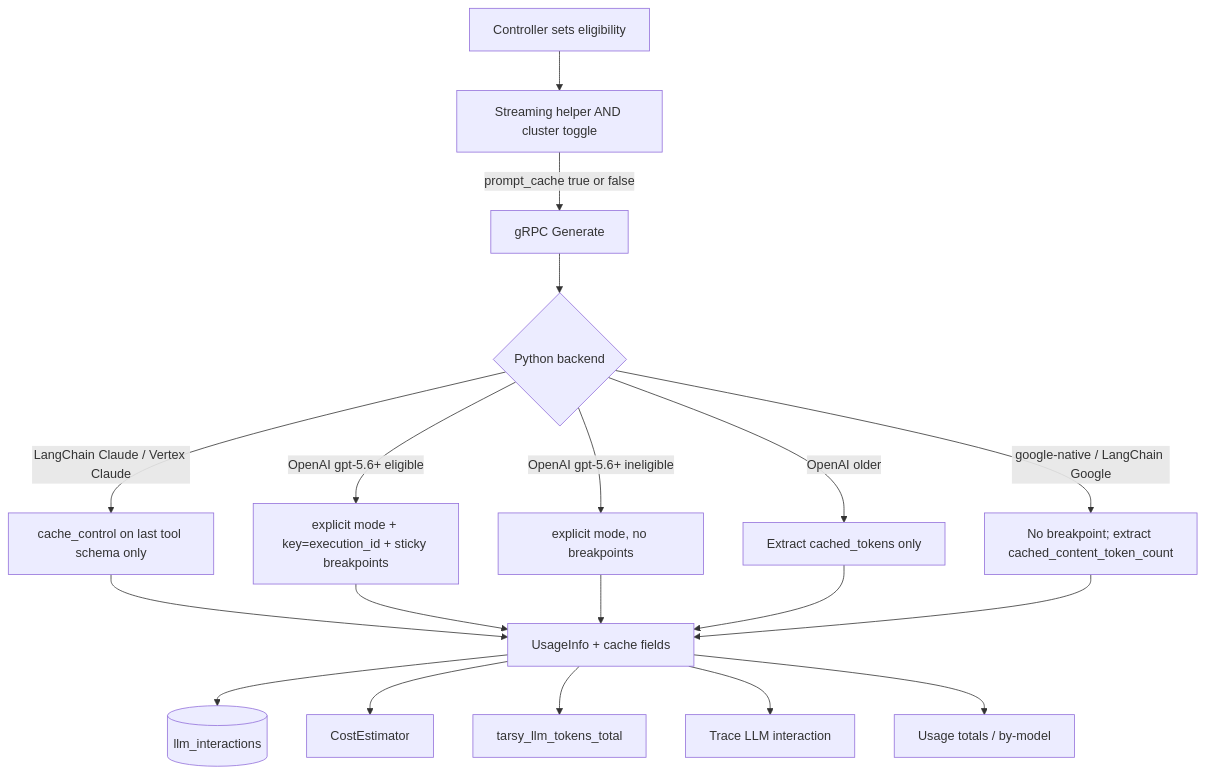
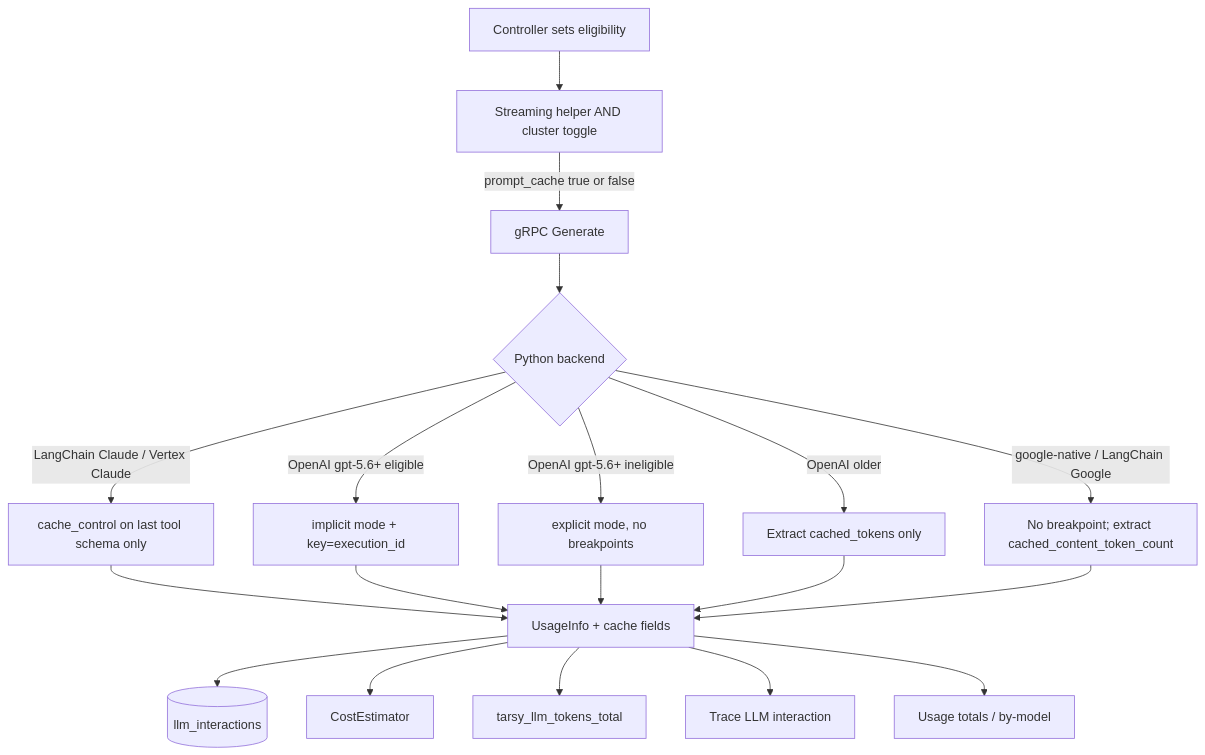
One commit to codeready-toolchain/tarsy changed the diagram in docs/adr/0026-prompt-caching.md. Above: the diagram before and after it, drawn with Mermaid. The commit also changed other lines of this file and 11 other files, not shown here.

First line of the commit message:
fix(llm): use implicit cache for GPT-5.6+ looping calls (#357)

````diff
--- a/docs/adr/0026-prompt-caching.md
+++ b/docs/adr/0026-prompt-caching.md
@@ -85,23 +85,23 @@
 ```mermaid
 flowchart TD
   ctrl[Controller sets eligibility]
   toggle[Streaming helper AND cluster toggle]
   ctrl --> toggle
   toggle -->|prompt_cache true or false| grpc[gRPC Generate]
   grpc --> py{Python backend}
   py -->|LangChain Claude / Vertex Claude| claude[cache_control on last tool schema only]
-  py -->|OpenAI gpt-5.6+ eligible| oai[explicit mode + key=execution_id + sticky breakpoints]
+  py -->|OpenAI gpt-5.6+ eligible| oai[implicit mode + key=execution_id]
   py -->|OpenAI gpt-5.6+ ineligible| oaiOff[explicit mode, no breakpoints]
   py -->|OpenAI older| oaiOld[Extract cached_tokens only]
   py -->|google-native / LangChain Google| gemini[No breakpoint; extract cached_content_token_count]
   claude --> usage[UsageInfo + cache fields]
   oai --> usage
   oaiOff --> usage
   oaiOld --> usage
   gemini --> usage
   usage --> db[(llm_interactions)]
   usage --> cost[CostEstimator]
   usage --> metrics[tarsy_llm_tokens_total]
   usage --> trace[Trace LLM interaction]
   usage --> usagePage[Usage totals / by-model]
 ```
````
